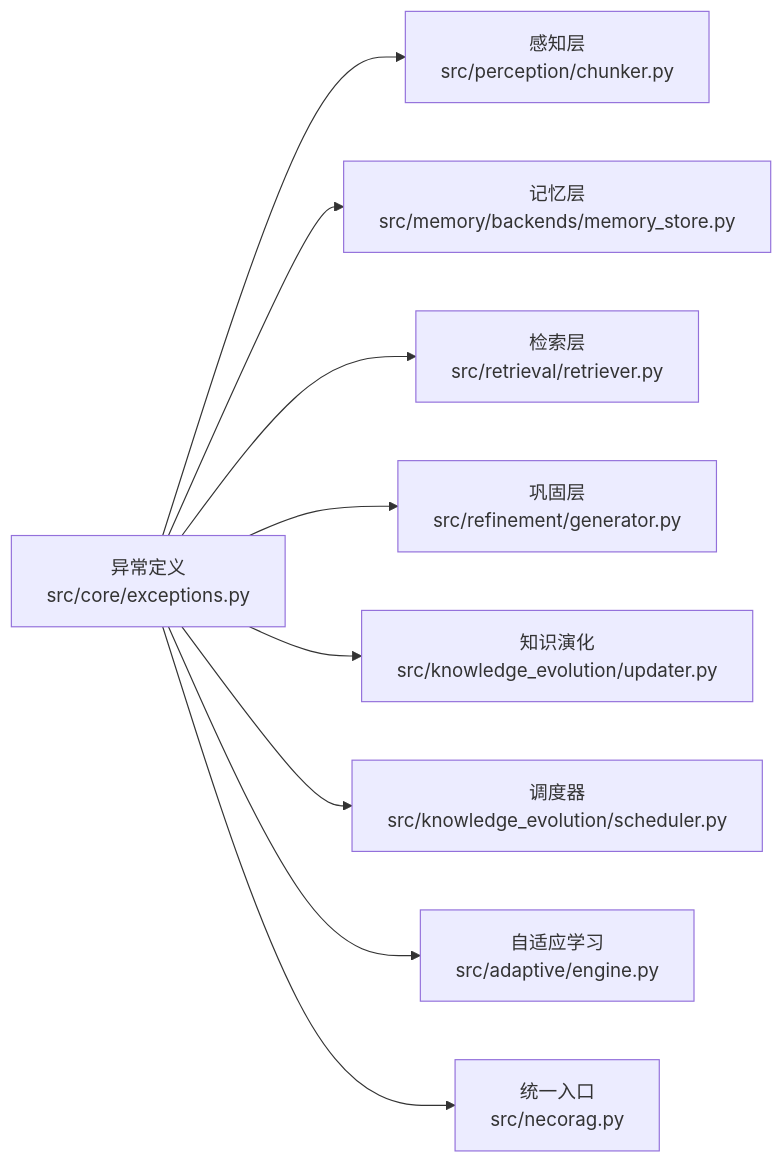
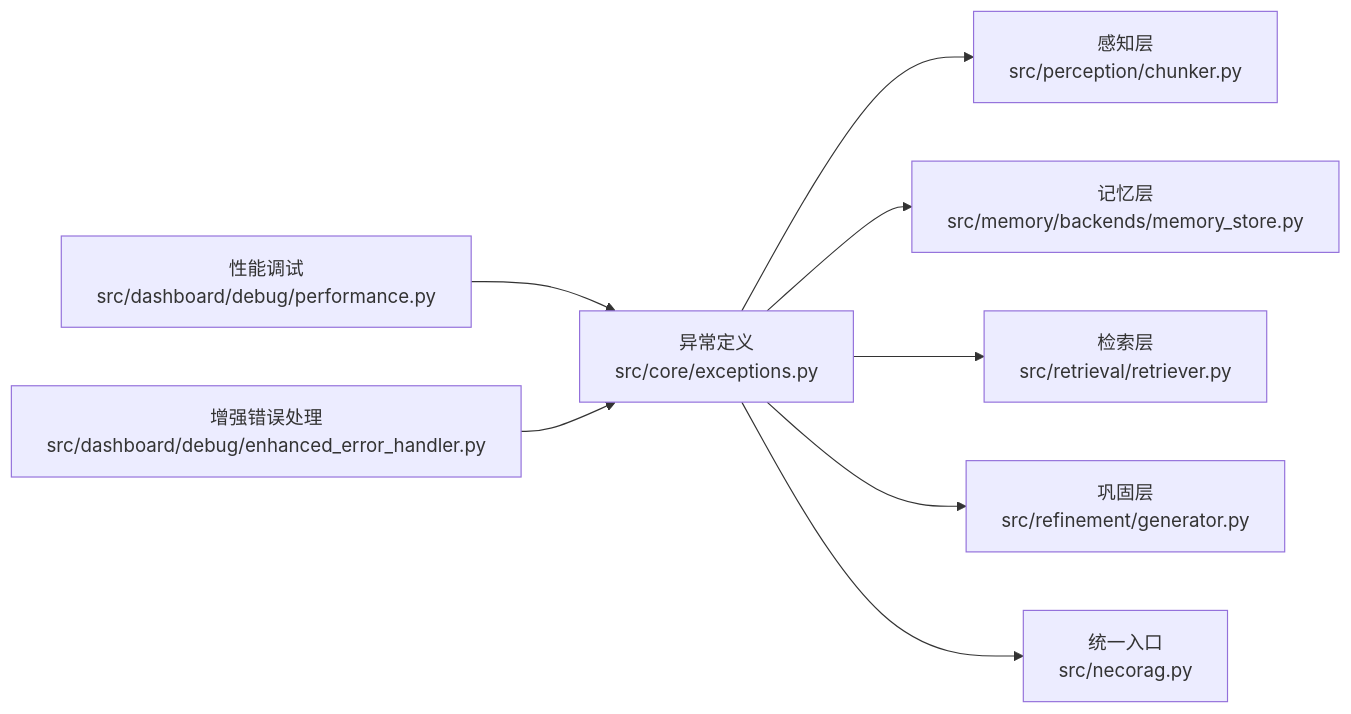
The third of 4 diagrams in .qoder/repowiki/zh/content/核心架构设计/异常处理机制.md (JieGaoPrinceton/NecoRAG), drawn with Mermaid before and after one commit. The commit also changed other lines of this file and 181 other files, not shown here.

````diff
--- a/.qoder/repowiki/zh/content/核心架构设计/异常处理机制.md
+++ b/.qoder/repowiki/zh/content/核心架构设计/异常处理机制.md
@@ -299,11 +304,10 @@
 ```mermaid
 graph LR
 EX["异常定义<br/>src/core/exceptions.py"] --> PE["感知层<br/>src/perception/chunker.py"]
 EX --> ME["记忆层<br/>src/memory/backends/memory_store.py"]
 EX --> RE["检索层<br/>src/retrieval/retriever.py"]
 EX --> GE["巩固层<br/>src/refinement/generator.py"]
-EX --> KE["知识演化<br/>src/knowledge_evolution/updater.py"]
-EX --> KS["调度器<br/>src/knowledge_evolution/scheduler.py"]
-EX --> AE["自适应学习<br/>src/adaptive/engine.py"]
 EX --> NE["统一入口<br/>src/necorag.py"]
+D1["性能调试<br/>src/dashboard/debug/performance.py"] --> EX
+D2["增强错误处理<br/>src/dashboard/debug/enhanced_error_handler.py"] --> EX
 ```
````
